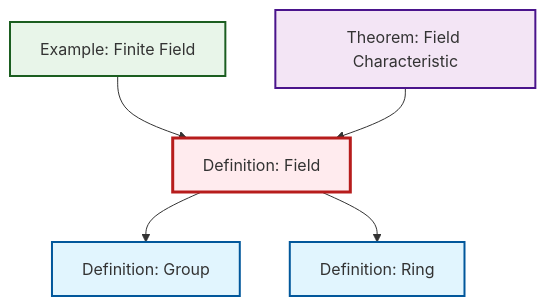
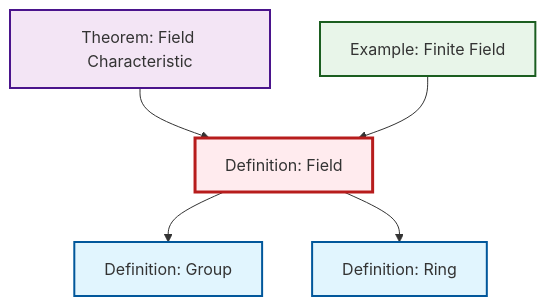
Before and after one commit to RK0429/ModernMath: the diagram in content/en/algebra/def-field.qmd, drawn with Mermaid. The commit also changed other lines of this file and 203 other files, not shown here.

````diff
--- a/content/en/algebra/def-field.qmd
+++ b/content/en/algebra/def-field.qmd
@@ -51,24 +51,19 @@
 ```{mermaid}
 %%| fig-cap: "Local dependency graph"
 graph TD
     classDef definition fill:#e1f5fe,stroke:#01579b,stroke-width:2px
     classDef theorem fill:#f3e5f5,stroke:#4a148c,stroke-width:2px
     classDef axiom fill:#fff3e0,stroke:#e65100,stroke-width:2px
     classDef example fill:#e8f5e9,stroke:#1b5e20,stroke-width:2px
     classDef current fill:#ffebee,stroke:#b71c1c,stroke-width:3px
+    def-group["Definition: Group"]:::definition
+    ex-finite-field["Example: Finite Field"]:::example
+    thm-field-characteristic["Theorem: Field Characteristic"]:::theorem
     def-ring["Definition: Ring"]:::definition
-    def-group["Definition: Group"]:::definition
     def-field["Definition: Field"]:::definition
-    thm-field-characteristic["Theorem: Field Characteristic"]:::theorem
-    ex-finite-field["Example: Finite Field"]:::example
     def-field --> def-group
-    ex-finite-field --> def-field
     thm-field-characteristic --> def-field
     def-field --> def-ring
+    ex-finite-field --> def-field
     class def-field current
-
-    click def-ring "def-ring.html" "Go to Ring definition"
-    click def-group "def-group.html" "Go to Group definition"
-    click thm-field-characteristic "thm-field-characteristic.html" "Go to Field Characteristic theorem"
-    click ex-finite-field "ex-finite-field.html" "Go to Finite Field example"
 ```
````
